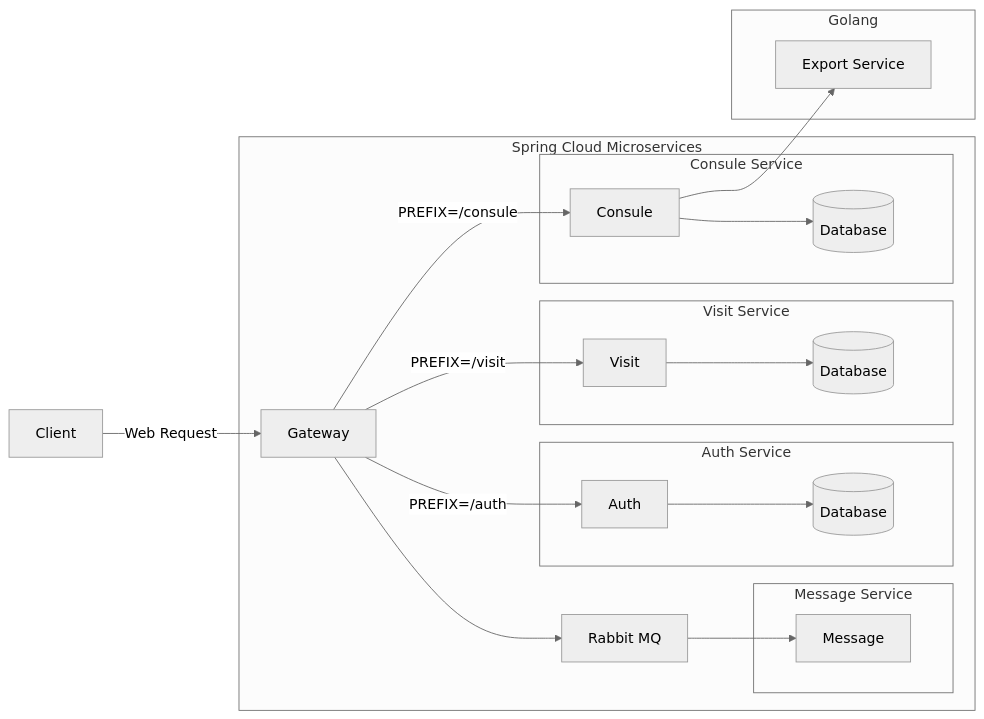
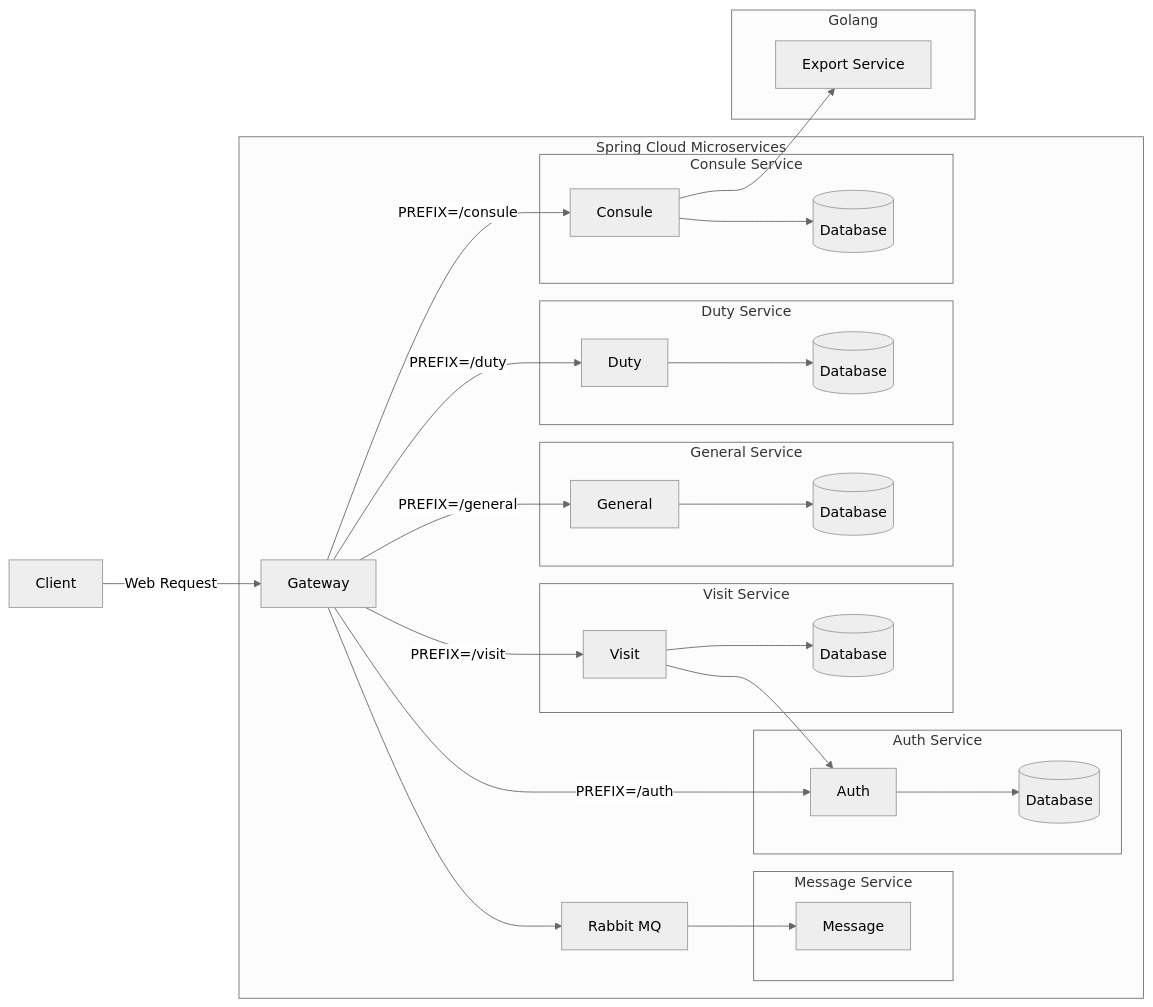
One commit to tzq0301/pcs changed the third of 3 diagrams in README.md. Above: the diagram before and after it, drawn with Mermaid (neutral theme).

Commit message:
docs(README.md): 完善文档

````diff
--- a/README.md
+++ b/README.md
@@ -129,37 +129,51 @@
 ```mermaid
 flowchart LR
     client[Client] --> |Web Request| gateway[Gateway]
     
     subgraph java [Spring Cloud Microservices]
         gateway --> rabbit[Rabbit MQ]
         rabbit --> message
         
         subgraph message-microservice[Message Service]
             message[Message]
         end
         
         gateway -->|PREFIX=/auth| auth[Auth]
         
         subgraph auth-microservice[Auth Service]
             auth --> db-auth[(Database)]
         end
         
+        visit --> auth
+        
         gateway -->|PREFIX=/visit| visit[Visit]
         
         subgraph visit-microservice[Visit Service]
             visit --> db-visit[(Database)]
+        end
+        
+        gateway -->|PREFIX=/general| general[General]
+        
+        subgraph general-microservice[General Service]
+            general --> db-general[(Database)]
+        end
+        
+        gateway -->|PREFIX=/duty| duty[Duty]
+        
+        subgraph duty-microservice[Duty Service]
+            duty --> db-duty[(Database)]
         end
         
         gateway -->|PREFIX=/consule| consule[Consule]
         
         subgraph consule-microservice[Consule Service]
             consule --> db-consule[(Database)]
         end
     end
     
     consule --> export
     
     subgraph go [Golang]
         export[Export Service]
     end
 ```
````
